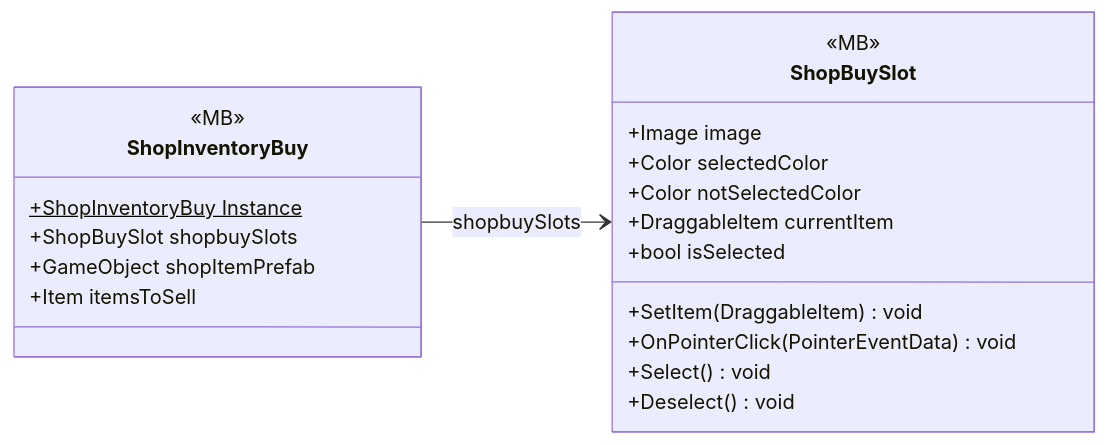
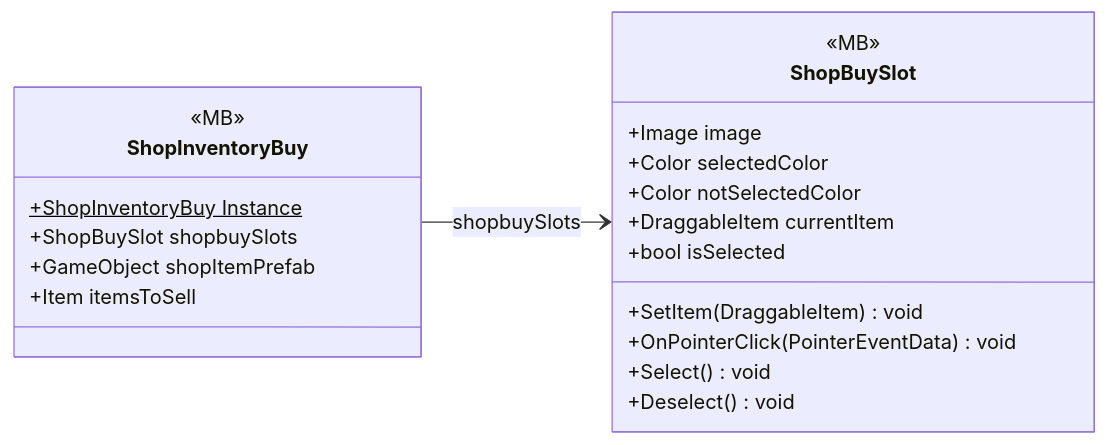
The diagram in docs/uml/modules/UI_Inventory_InventoryBuy.md (PhumipatWave/project-ocean), drawn with Mermaid before and after one commit. The commit also changed 402 other files, not shown here.

````diff
--- a/docs/uml/modules/UI_Inventory_InventoryBuy.md
+++ b/docs/uml/modules/UI_Inventory_InventoryBuy.md
@@ -7,24 +7,24 @@
 ```mermaid
 classDiagram
   direction LR
   class ShopBuySlot {
     <<MB>>
     +Image image
     +Color selectedColor
     +Color notSelectedColor
-    +Draggableltem currentItem
+    +DraggableItem currentItem
     +bool isSelected
-    +SetItem(Draggableltem) void
+    +SetItem(DraggableItem) void
     +OnPointerClick(PointerEventData) void
     +Select() void
     +Deselect() void
   }
   class ShopInventoryBuy {
     <<MB>>
     +ShopInventoryBuy Instance$
     +ShopBuySlot shopbuySlots
     +GameObject shopItemPrefab
     +Item itemsToSell
   }
   ShopInventoryBuy --> ShopBuySlot : shopbuySlots
 ```
````
